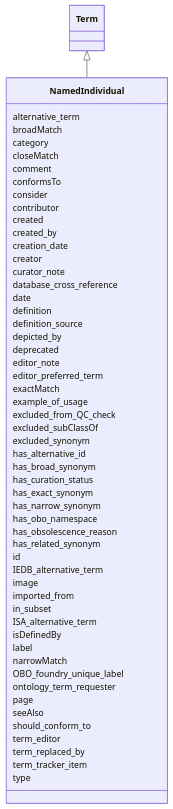
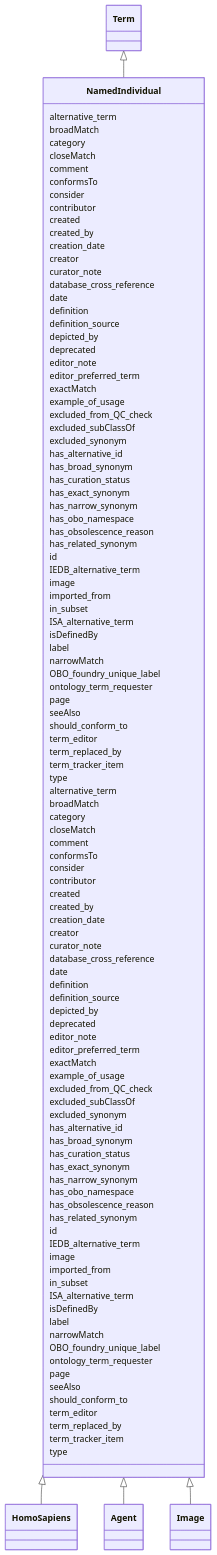
One commit to dalito/ontology-access-kit changed the diagram in ontology-metadata/NamedIndividual.md. Above: the diagram before and after it, drawn with Mermaid. The commit also changed other lines of this file and 2506 other files, not shown here.

````diff
--- a/ontology-metadata/NamedIndividual.md
+++ b/ontology-metadata/NamedIndividual.md
@@ -65,4 +66,62 @@
       NamedIndividual : term_tracker_item
       NamedIndividual : type
       
+
+      NamedIndividual <|-- HomoSapiens
+      NamedIndividual <|-- Agent
+      NamedIndividual <|-- Image
+      
+      NamedIndividual : alternative_term
+      NamedIndividual : broadMatch
+      NamedIndividual : category
+      NamedIndividual : closeMatch
+      NamedIndividual : comment
+      NamedIndividual : conformsTo
+      NamedIndividual : consider
+      NamedIndividual : contributor
+      NamedIndividual : created
+      NamedIndividual : created_by
+      NamedIndividual : creation_date
+      NamedIndividual : creator
+      NamedIndividual : curator_note
+      NamedIndividual : database_cross_reference
+      NamedIndividual : date
+      NamedIndividual : definition
+      NamedIndividual : definition_source
+      NamedIndividual : depicted_by
+      NamedIndividual : deprecated
+      NamedIndividual : editor_note
+      NamedIndividual : editor_preferred_term
+      NamedIndividual : exactMatch
+      NamedIndividual : example_of_usage
+      NamedIndividual : excluded_from_QC_check
+      NamedIndividual : excluded_subClassOf
+      NamedIndividual : excluded_synonym
+      NamedIndividual : has_alternative_id
+      NamedIndividual : has_broad_synonym
+      NamedIndividual : has_curation_status
+      NamedIndividual : has_exact_synonym
+      NamedIndividual : has_narrow_synonym
+      NamedIndividual : has_obo_namespace
+      NamedIndividual : has_obsolescence_reason
+      NamedIndividual : has_related_synonym
+      NamedIndividual : id
+      NamedIndividual : IEDB_alternative_term
+      NamedIndividual : image
+      NamedIndividual : imported_from
+      NamedIndividual : in_subset
+      NamedIndividual : ISA_alternative_term
+      NamedIndividual : isDefinedBy
+      NamedIndividual : label
+      NamedIndividual : narrowMatch
+      NamedIndividual : OBO_foundry_unique_label
+      NamedIndividual : ontology_term_requester
+      NamedIndividual : page
+      NamedIndividual : seeAlso
+      NamedIndividual : should_conform_to
+      NamedIndividual : term_editor
+      NamedIndividual : term_replaced_by
+      NamedIndividual : term_tracker_item
+      NamedIndividual : type
+      
 ```
````
